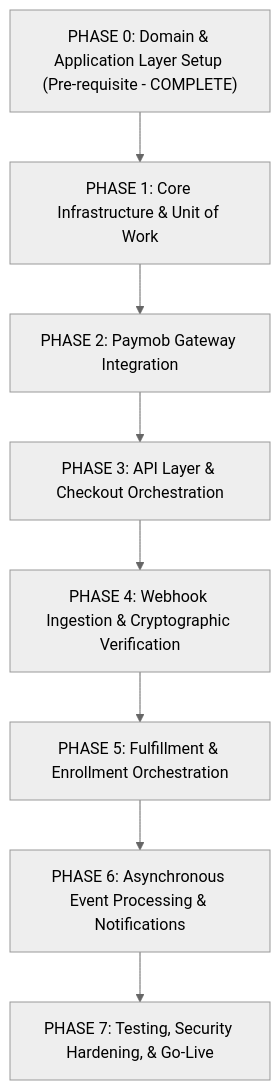
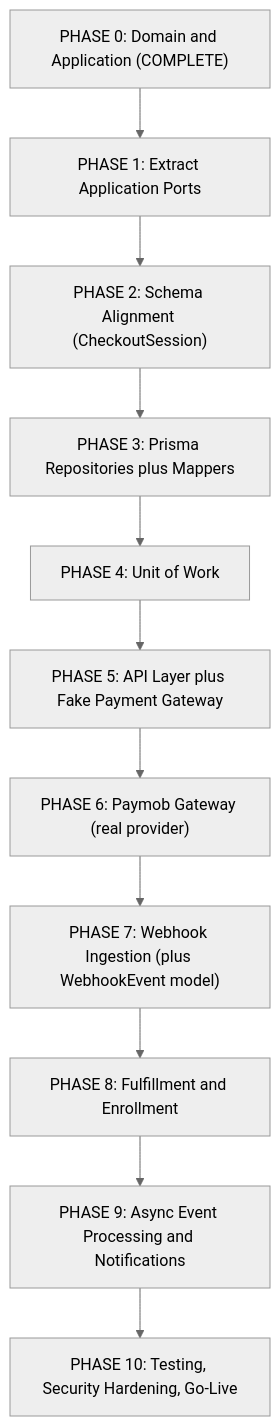
One commit to HodaNabeil/ithra-code changed the first of 2 diagrams in docs/payment/02-payment-implementation-plan.md. Above: the diagram before and after it, drawn with Mermaid (neutral theme). The commit also changed other lines of this file and 65 other files, not shown here.

First line of the commit message:
feat: wire Paymob checkout, webhooks, and order fulfillment

````diff
--- a/docs/payment/02-payment-implementation-plan.md
+++ b/docs/payment/02-payment-implementation-plan.md
@@ -10,10 +26,13 @@
 ```mermaid
 flowchart TD
-    phase0["PHASE 0: Domain & Application Layer Setup (Pre-requisite - COMPLETE)"] --> phase1["PHASE 1: Core Infrastructure & Unit of Work"]
-    phase1 --> phase2["PHASE 2: Paymob Gateway Integration"]
-    phase2 --> phase3["PHASE 3: API Layer & Checkout Orchestration"]
-    phase3 --> phase4["PHASE 4: Webhook Ingestion & Cryptographic Verification"]
-    phase4 --> phase5["PHASE 5: Fulfillment & Enrollment Orchestration"]
-    phase5 --> phase6["PHASE 6: Asynchronous Event Processing & Notifications"]
-    phase6 --> phase7["PHASE 7: Testing, Security Hardening, & Go-Live"]
+    phase0["PHASE 0: Domain and Application (COMPLETE)"] --> phase1["PHASE 1: Extract Application Ports"]
+    phase1 --> phase2["PHASE 2: Schema Alignment (CheckoutSession)"]
+    phase2 --> phase3["PHASE 3: Prisma Repositories plus Mappers"]
+    phase3 --> phase4["PHASE 4: Unit of Work"]
+    phase4 --> phase5["PHASE 5: API Layer plus Fake Payment Gateway"]
+    phase5 --> phase6["PHASE 6: Paymob Gateway (real provider)"]
+    phase6 --> phase7["PHASE 7: Webhook Ingestion (plus WebhookEvent model)"]
+    phase7 --> phase8["PHASE 8: Fulfillment and Enrollment"]
+    phase8 --> phase9["PHASE 9: Async Event Processing and Notifications"]
+    phase9 --> phase10["PHASE 10: Testing, Security Hardening, Go-Live"]
 ```
````
